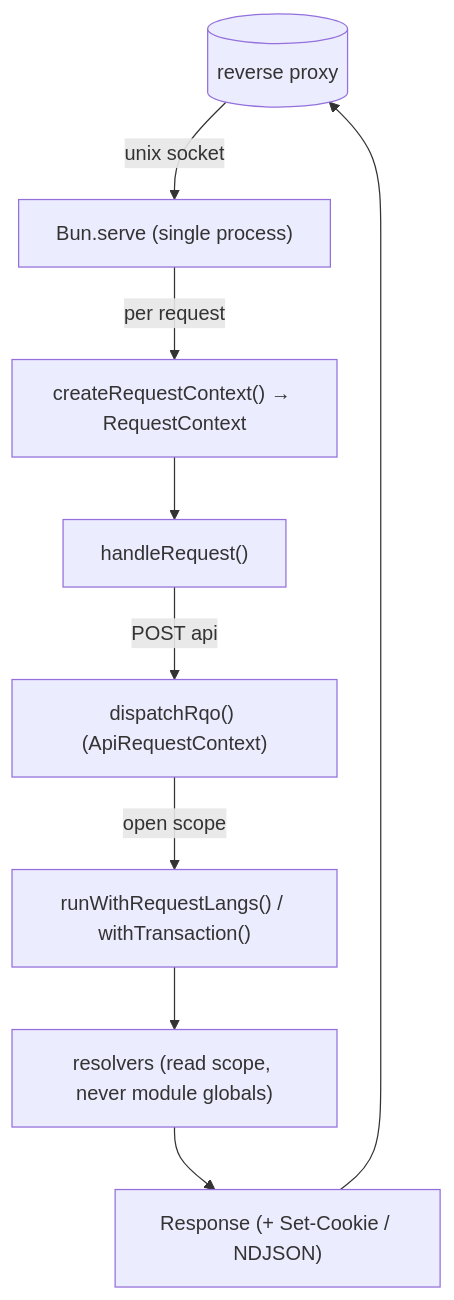
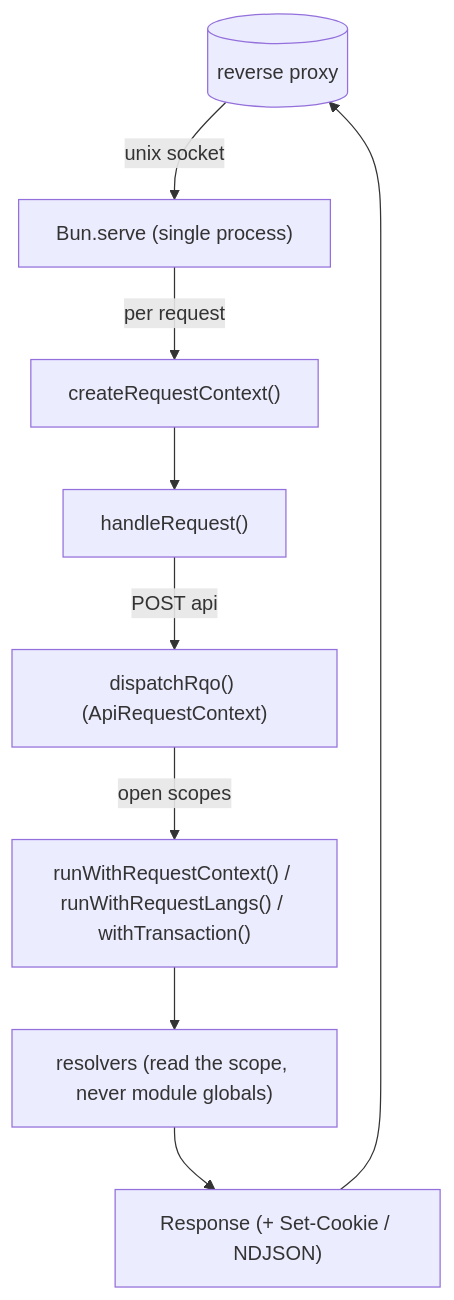
Before and after one commit to renderpci/dedalo: the second of 2 diagrams in docs/development/runtime_and_workers.md, drawn with Mermaid. The commit also changed other lines of this file and 9 other files, not shown here.

````diff
--- a/docs/development/runtime_and_workers.md
+++ b/docs/development/runtime_and_workers.md
@@ -284,11 +263,11 @@
 ```mermaid
 flowchart TB
     RP[("reverse proxy")] -->|"unix socket"| BUN["Bun.serve (single process)"]
-    BUN -->|"per request"| CTX["createRequestContext() → RequestContext"]
+    BUN -->|"per request"| CTX["createRequestContext()"]
     CTX --> HR["handleRequest()"]
     HR -->|"POST api"| DISP["dispatchRqo() (ApiRequestContext)"]
-    DISP -->|"open scope"| ALS["runWithRequestLangs() / withTransaction()"]
-    ALS --> RES["resolvers (read scope, never module globals)"]
+    DISP -->|"open scopes"| ALS["runWithRequestContext() / runWithRequestLangs() / withTransaction()"]
+    ALS --> RES["resolvers (read the scope, never module globals)"]
     RES --> OUT["Response (+ Set-Cookie / NDJSON)"]
     OUT --> RP
 ```
````
